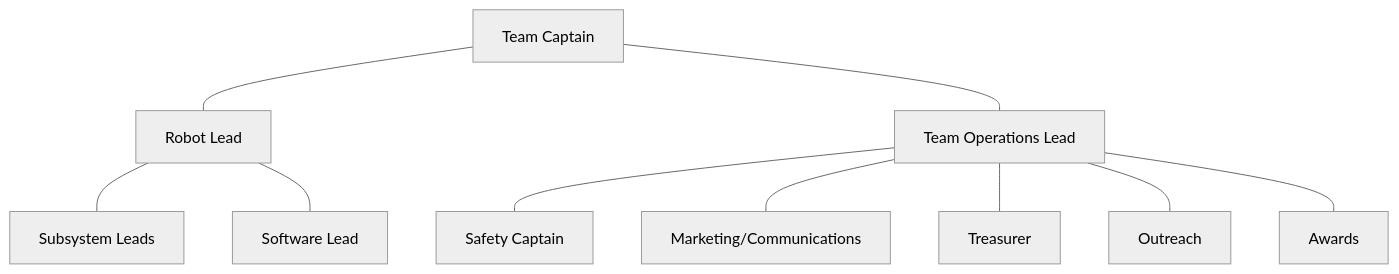
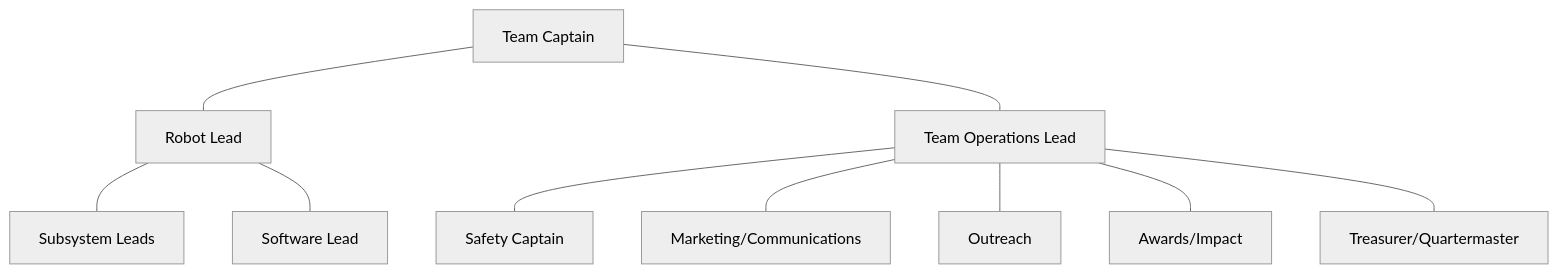
One commit to TechplexEngineer/bionics-docs changed the diagram in content/the-team/team-roles/_index.md. Above: the diagram before and after it, drawn with Mermaid (neutral theme). The commit also changed other lines of this file and 2 other files, not shown here.

Commit message:
Update Competition Roles

```diff
--- a/content/the-team/team-roles/_index.md
+++ b/content/the-team/team-roles/_index.md
@@ -8,16 +8,16 @@
 {{< mermaid >}}
 graph TD
     TEAM[Team Captain]
 
     TEAM --- RL["Robot Lead"]
     RL   --- BL[Subsystem Leads]
     RL   --- SWL[Software Lead]
 
     TEAM  --- TOL[Team Operations Lead]
     TOL   --- SAFETY[Safety Captain]
     TOL   --- COMM[Marketing/Communications]
-    TOL   --- MONEY[Treasurer]
     TOL   --- COMMUNITY[Outreach]
-    TOL   --- Awards[Awards]
+    TOL   --- Awards[Awards/Impact]
+    TOL   --- MONEY[Treasurer/Quartermaster]
 
 {{< /mermaid >}}
```
